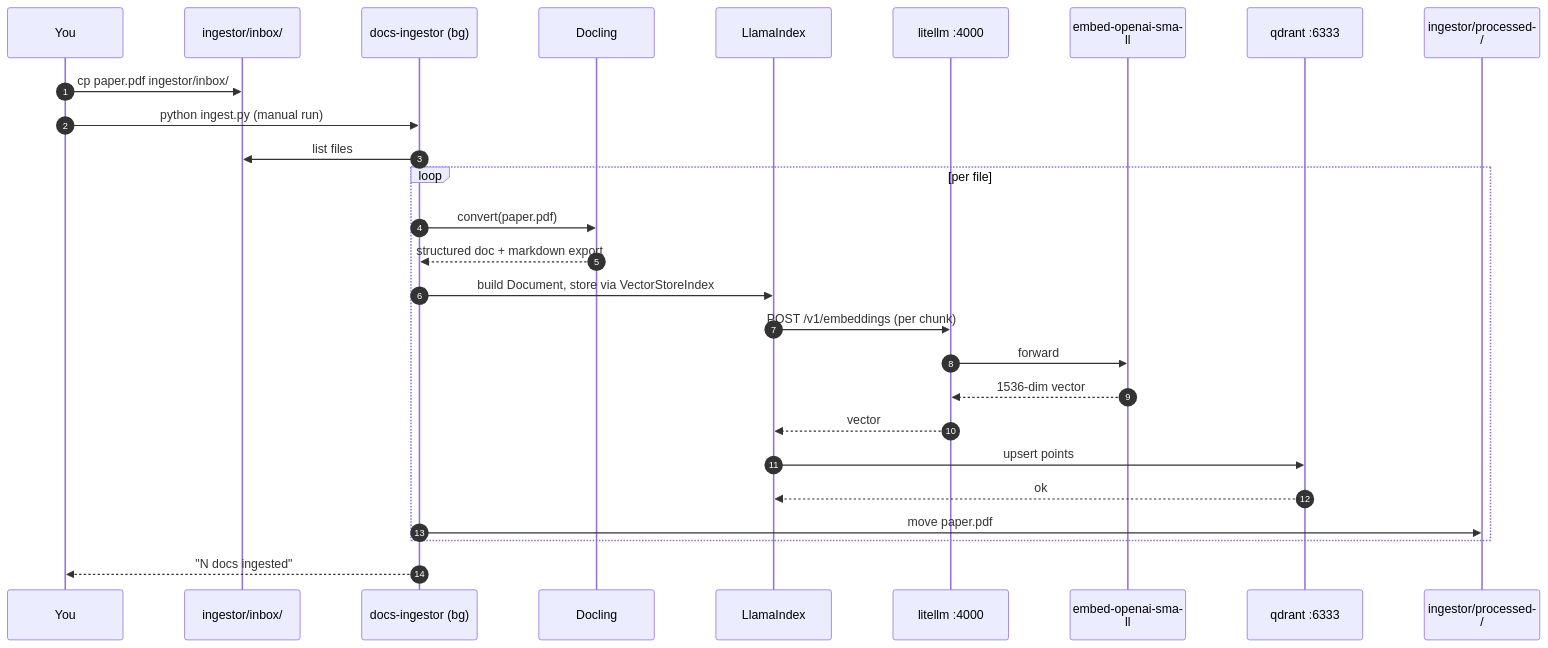
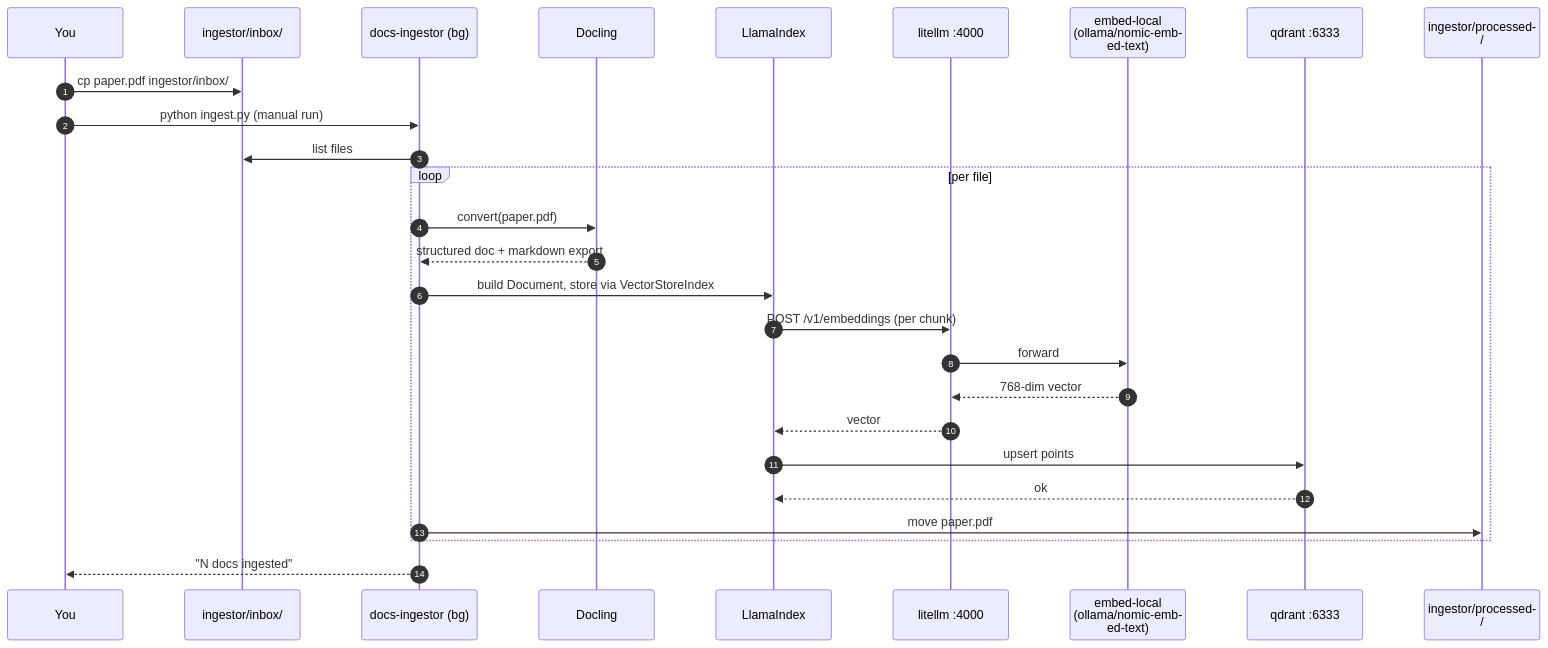
Diagram 11 of 21 in doc/DIAGRAMS.md (mayssamj/versatile-ai-stack), drawn with Mermaid before and after one commit. The commit also changed 1 other file, not shown here.

Commit message:
docs(DIAGRAMS): fix docs-ingestor embed flow — embed-local/768-dim not openai/1536
The ingest sequence diagram showed the cloud embedder (embed-openai-small,
1536-dim) as the actual ingest path, but ingest.py hardcodes EMBED_MODEL=
embed-local (ollama/nomic-embed-text), EMBED_DIM=768. Fixed .md source +
regenerated .html via build_diagrams_html.py.

````diff
--- a/doc/DIAGRAMS.md
+++ b/doc/DIAGRAMS.md
@@ -572,31 +572,31 @@
 ```mermaid
   %%{init: { "theme": "default", "themeVariables": {"fontSize": "16px"}, "sequence": {"actorMargin": 80, "messageMargin": 40, "wrap": true} }}%%
 sequenceDiagram
   autonumber
   participant U as You
   participant FS as ingestor/inbox/
   participant ING as docs-ingestor (bg)
   participant DC as Docling
   participant LI as LlamaIndex
   participant L as litellm :4000
-  participant E as embed-openai-small
+  participant E as embed-local (ollama/nomic-embed-text)
   participant Q as qdrant :6333
   participant DONE as ingestor/processed/
 
   U->>FS: cp paper.pdf ingestor/inbox/
   U->>ING: python ingest.py (manual run)
   ING->>FS: list files
   loop per file
     ING->>DC: convert(paper.pdf)
     DC-->>ING: structured doc + markdown export
     ING->>LI: build Document, store via VectorStoreIndex
     LI->>L: POST /v1/embeddings (per chunk)
     L->>E: forward
-    E-->>L: 1536-dim vector
+    E-->>L: 768-dim vector
     L-->>LI: vector
     LI->>Q: upsert points
     Q-->>LI: ok
     ING->>DONE: move paper.pdf
   end
   ING-->>U: "N docs ingested"
 ```
````
